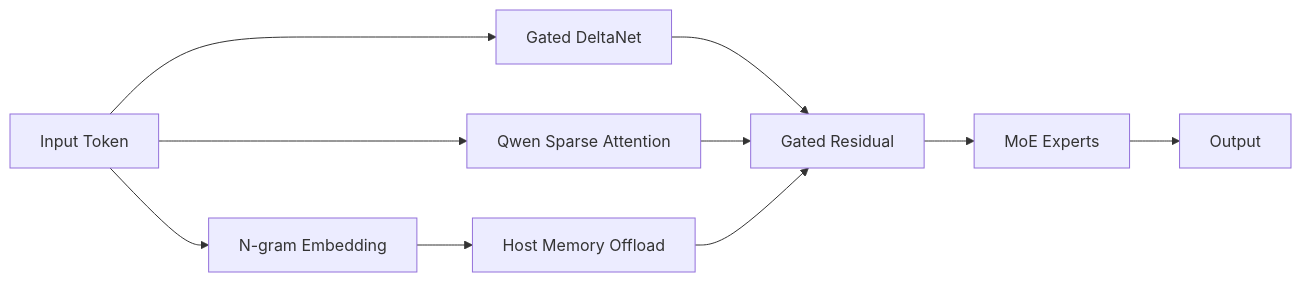
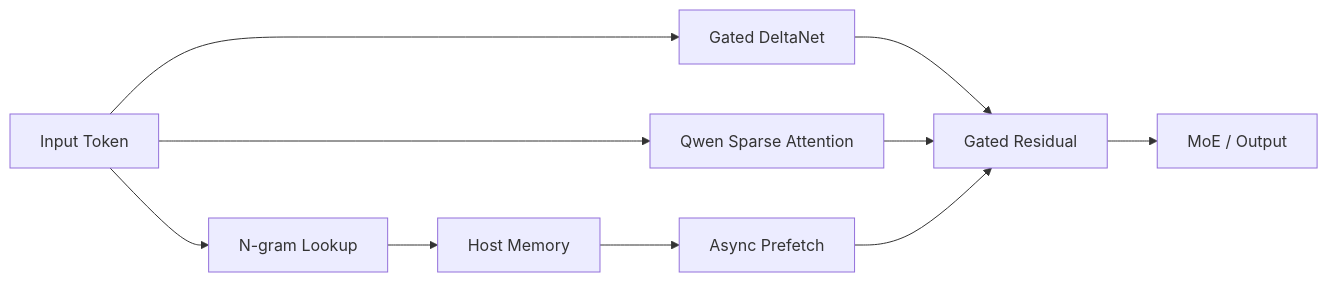
Diagram 14 of 22 in 260827.md (wlf186/ai-daily-headlines), drawn with Mermaid before and after one commit. The commit also changed other lines of this file, not shown here.

````diff
--- a/260827.md
+++ b/260827.md
@@ -525,12 +625,12 @@
 ```mermaid
 flowchart LR
     Q1[Input Token] --> Q2[Gated DeltaNet]
     Q1 --> Q3[Qwen Sparse Attention]
-    Q1 --> Q4[N-gram Embedding]
-    Q4 --> Q5[Host Memory Offload]
-    Q2 --> Q6[Gated Residual]
-    Q3 --> Q6
-    Q5 --> Q6
-    Q6 --> Q7[MoE Experts]
-    Q7 --> Q8[Output]
+    Q1 --> Q4[N-gram Lookup]
+    Q4 --> Q5[Host Memory]
+    Q5 --> Q6[Async Prefetch]
+    Q2 --> Q7[Gated Residual]
+    Q3 --> Q7
+    Q6 --> Q7
+    Q7 --> Q8[MoE / Output]
 ```
````
